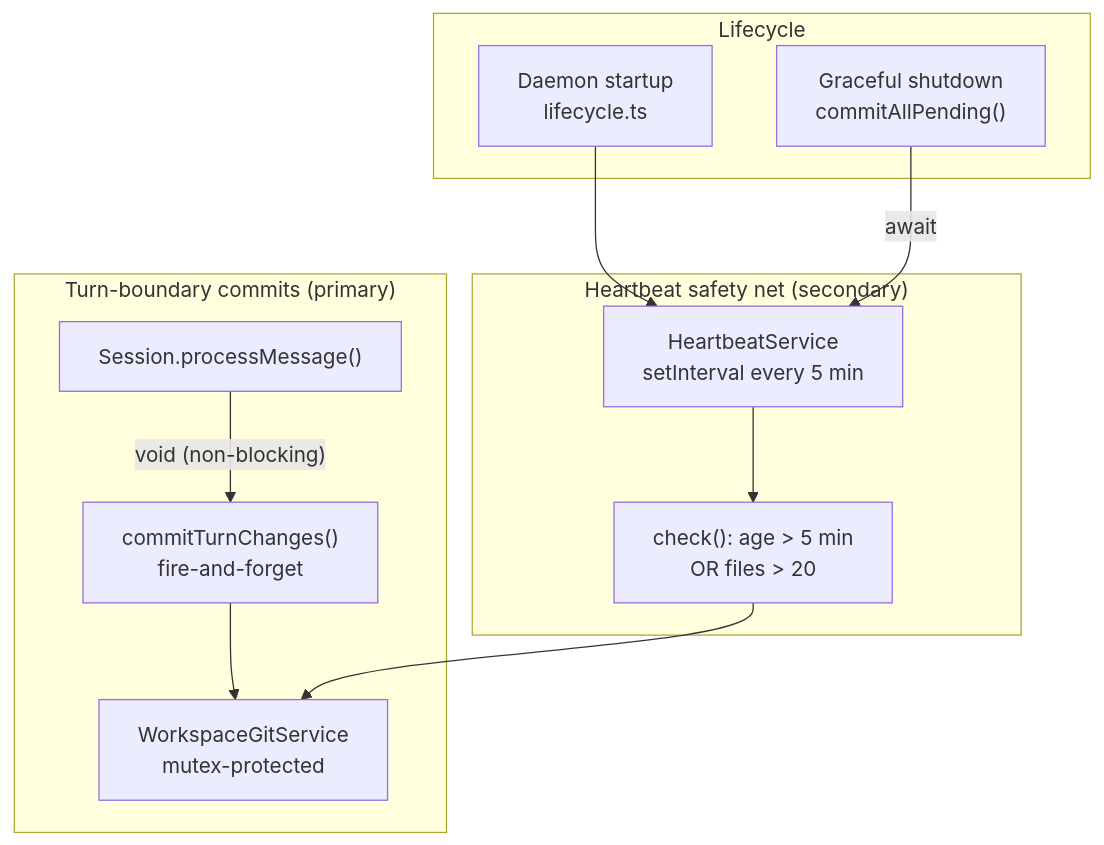
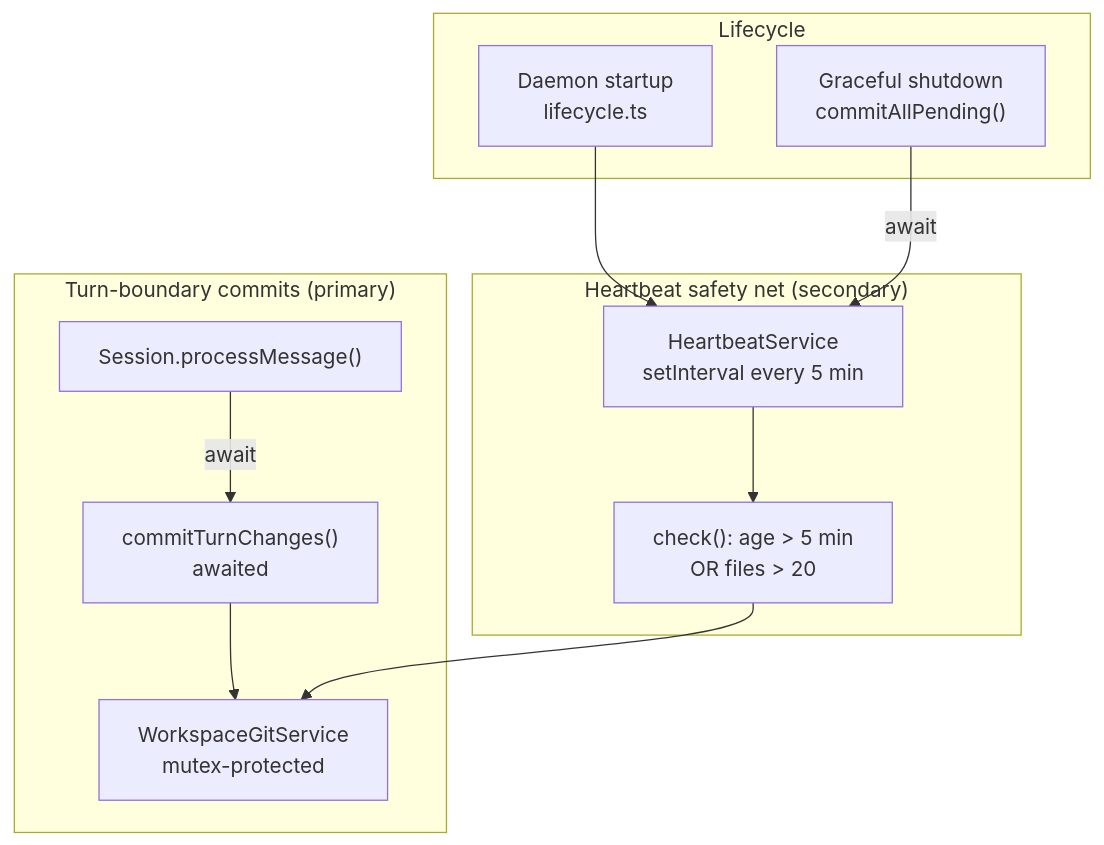
Before and after one commit to vellum-ai/vellum-assistant: the tenth of 43 diagrams in ARCHITECTURE.md, drawn with Mermaid. The commit also changed other lines of this file, not shown here.

Commit message:
docs: update ARCHITECTURE.md to match workspace git implementation

````diff
--- a/ARCHITECTURE.md
+++ b/ARCHITECTURE.md
@@ -1028,25 +1028,25 @@
 ```mermaid
 graph TB
     subgraph "Turn-boundary commits (primary)"
         SESSION["Session.processMessage()"]
-        TURN_COMMIT["commitTurnChanges()<br/>fire-and-forget"]
+        TURN_COMMIT["commitTurnChanges()<br/>awaited"]
         GIT_SERVICE["WorkspaceGitService<br/>mutex-protected"]
     end
 
     subgraph "Heartbeat safety net (secondary)"
         HEARTBEAT["HeartbeatService<br/>setInterval every 5 min"]
         CHECK["check(): age > 5 min<br/>OR files > 20"]
     end
 
     subgraph "Lifecycle"
         STARTUP["Daemon startup<br/>lifecycle.ts"]
         SHUTDOWN["Graceful shutdown<br/>commitAllPending()"]
     end
 
-    SESSION -->|"void (non-blocking)"| TURN_COMMIT
+    SESSION -->|"await"| TURN_COMMIT
     TURN_COMMIT --> GIT_SERVICE
     HEARTBEAT --> CHECK
     CHECK --> GIT_SERVICE
     STARTUP --> HEARTBEAT
     SHUTDOWN -->|"await"| HEARTBEAT
 ```
````
